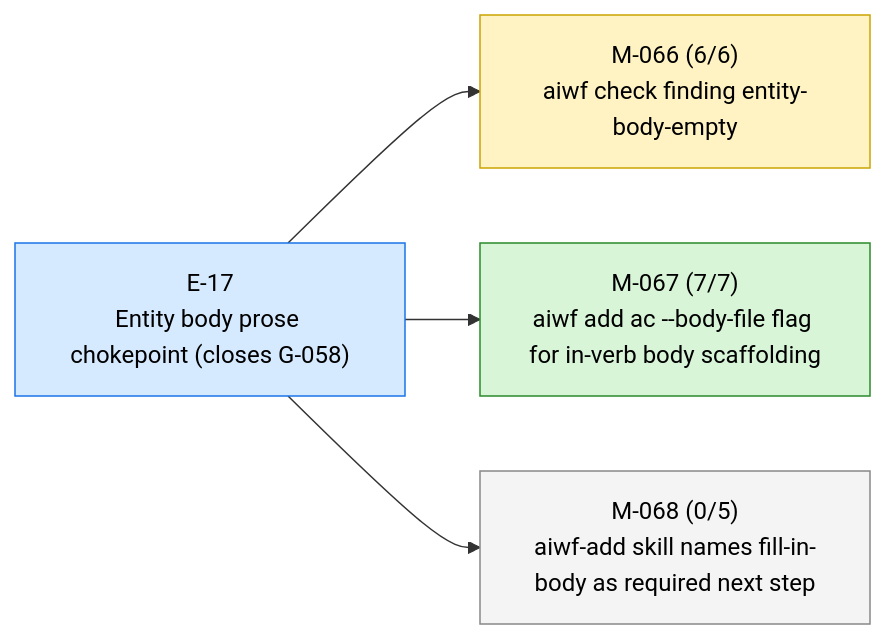
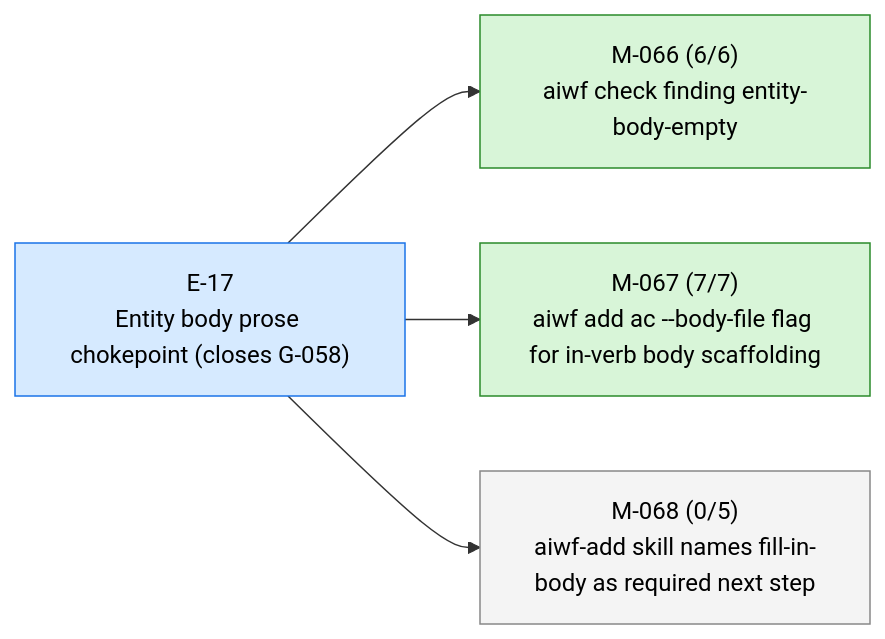
Before and after one commit to 23min/aiwf: the first of 4 diagrams in STATUS.md, drawn with Mermaid. The commit also changed other lines of this file and 1 other file, not shown here.

First line of the commit message:
aiwf promote M-066 in_progress -> done

````diff
--- a/STATUS.md
+++ b/STATUS.md
@@ -13,16 +13,16 @@
 ```mermaid
 flowchart LR
   E_17["E-17<br/>Entity body prose chokepoint (closes G-058)"]:::epic_active
-  M_066["M-066 (6/6)<br/>aiwf check finding entity-body-empty"]:::ms_in_progress
+  M_066["M-066 (6/6)<br/>aiwf check finding entity-body-empty"]:::ms_done
   E_17 --> M_066
   M_067["M-067 (7/7)<br/>aiwf add ac --body-file flag for in-verb body scaffolding"]:::ms_done
   E_17 --> M_067
   M_068["M-068 (0/5)<br/>aiwf-add skill names fill-in-body as required next step"]:::ms_draft
   E_17 --> M_068
   classDef epic_active fill:#d6eaff,stroke:#1a73e8,color:#000
   classDef epic_proposed fill:#f4f4f4,stroke:#888,color:#000
   classDef ms_done fill:#d8f5d8,stroke:#2a8a2a,color:#000
   classDef ms_in_progress fill:#fff3c4,stroke:#caa400,color:#000
   classDef ms_draft fill:#f4f4f4,stroke:#888,color:#000
   classDef ms_cancelled fill:#fbeaea,stroke:#c33,color:#000
 ```
````
